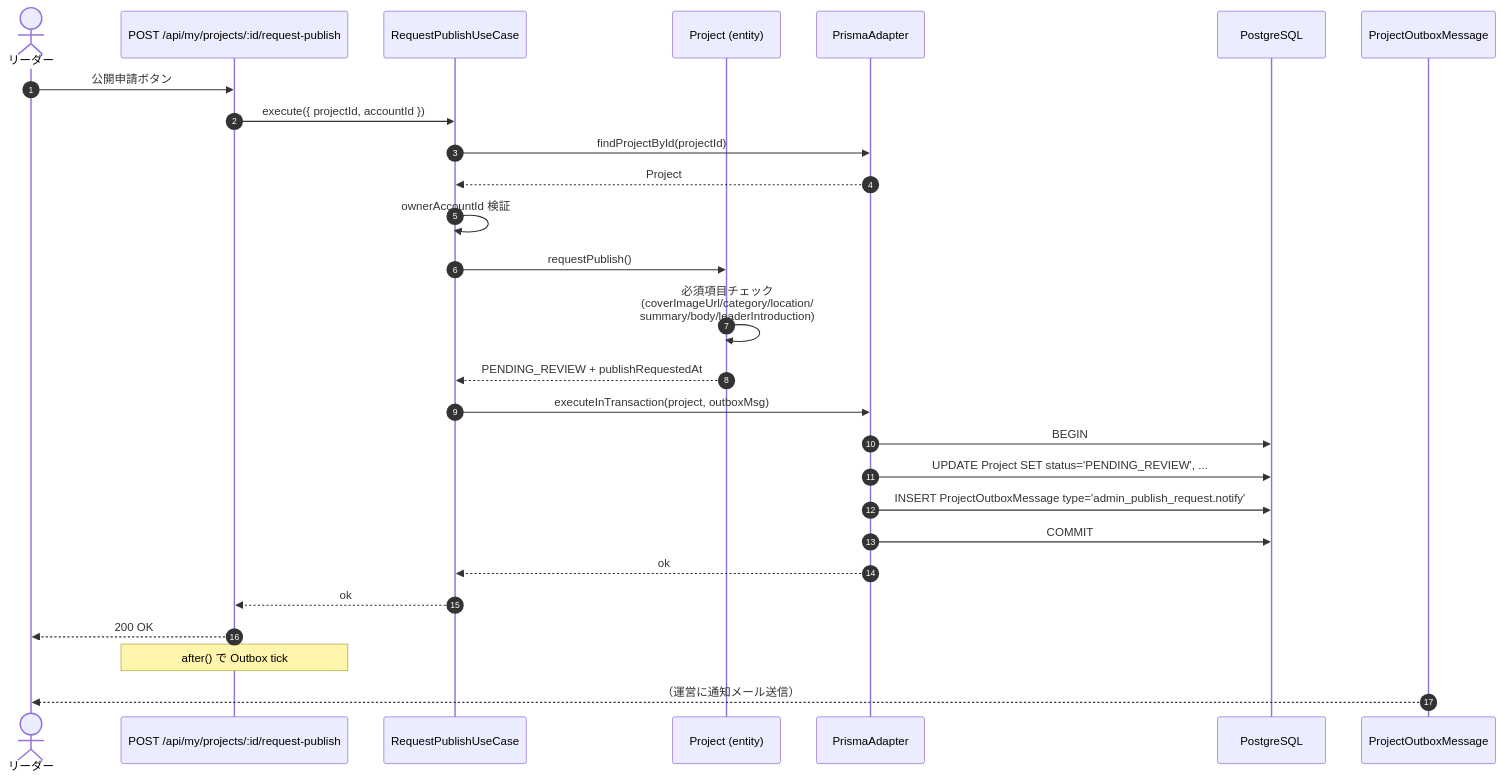
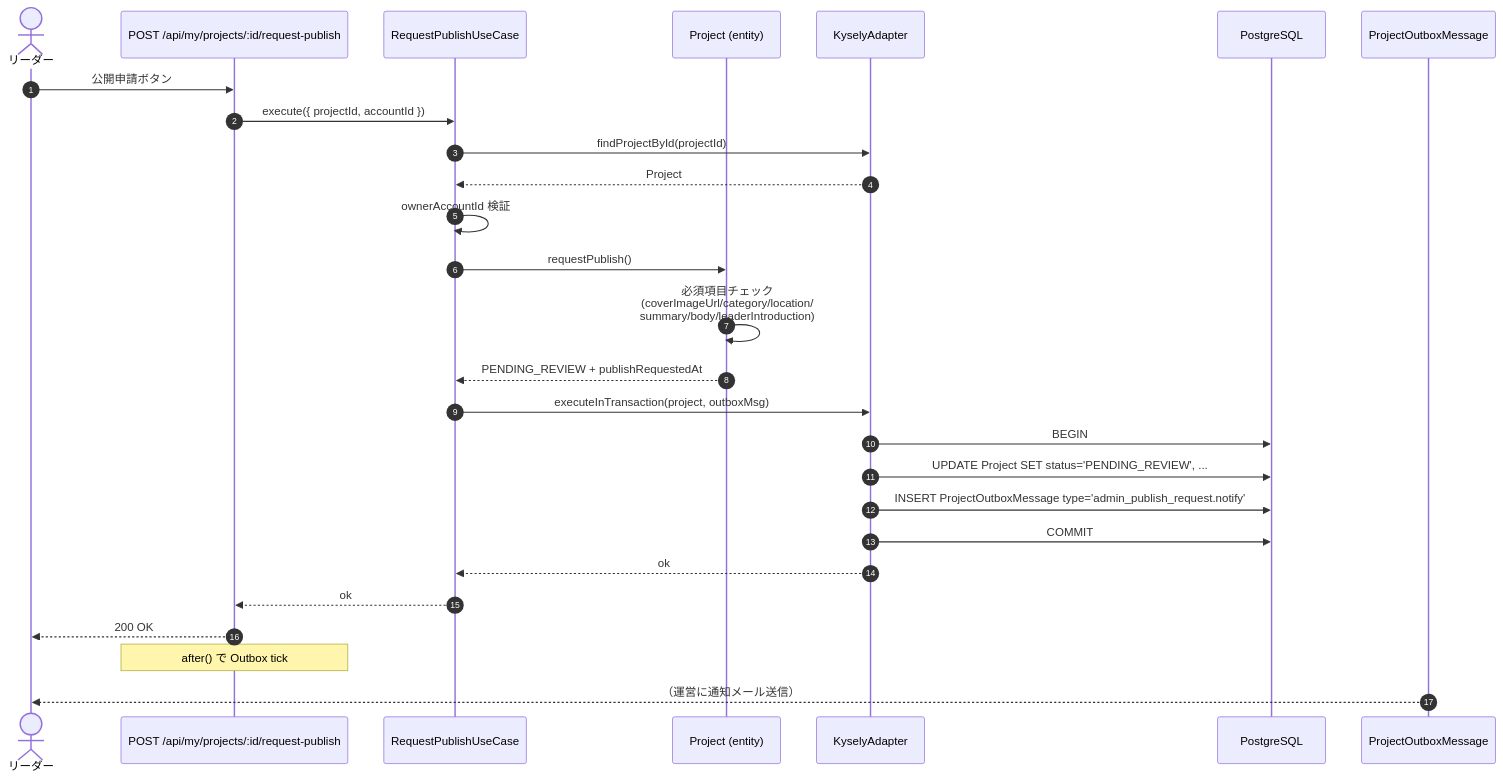
One commit to Physicalfunding/PhysiFun changed the second of 7 diagrams in docs/specs/05_key-flows/project-publish.md. Above: the diagram before and after it, drawn with Mermaid. The commit also changed other lines of this file and 27 other files, not shown here.

````diff
--- a/docs/specs/05_key-flows/project-publish.md
+++ b/docs/specs/05_key-flows/project-publish.md
@@ -48,30 +48,30 @@
 ```mermaid
 sequenceDiagram
     autonumber
     actor Leader as リーダー
     participant API as POST /api/my/projects/:id/request-publish
     participant UC as RequestPublishUseCase
     participant Project as Project (entity)
-    participant Adapter as PrismaAdapter
+    participant Adapter as KyselyAdapter
     participant DB as PostgreSQL
     participant Outbox as ProjectOutboxMessage
 
     Leader->>API: 公開申請ボタン
     API->>UC: execute({ projectId, accountId })
     UC->>Adapter: findProjectById(projectId)
     Adapter-->>UC: Project
     UC->>UC: ownerAccountId 検証
     UC->>Project: requestPublish()
     Project->>Project: 必須項目チェック<br/>(coverImageUrl/category/location/<br/>summary/body/leaderIntroduction)
     Project-->>UC: PENDING_REVIEW + publishRequestedAt
     UC->>Adapter: executeInTransaction(project, outboxMsg)
     Adapter->>DB: BEGIN
     Adapter->>DB: UPDATE Project SET status='PENDING_REVIEW', ...
     Adapter->>DB: INSERT ProjectOutboxMessage type='admin_publish_request.notify'
     Adapter->>DB: COMMIT
     Adapter-->>UC: ok
     UC-->>API: ok
     API-->>Leader: 200 OK
     Note over API: after() で Outbox tick
     Outbox-->>Leader: （運営に通知メール送信）
 ```
````
